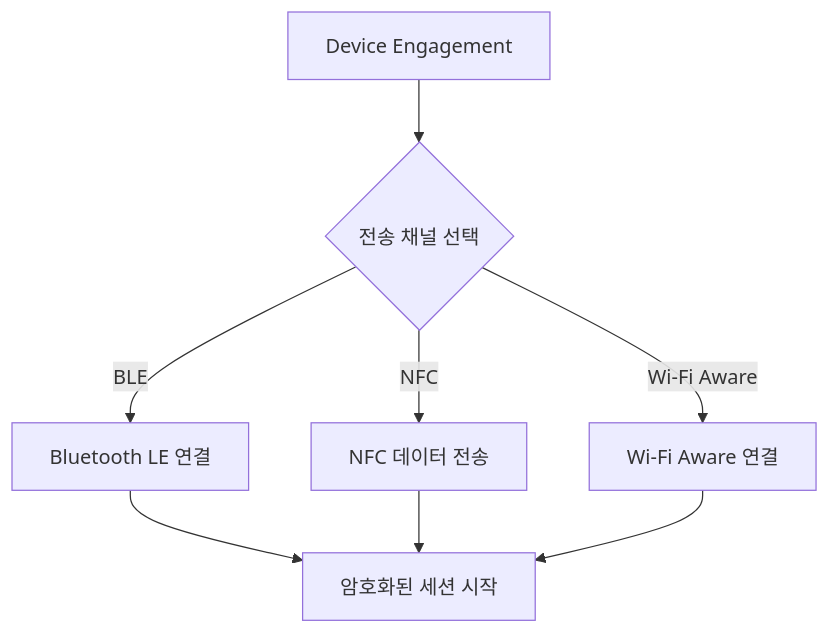
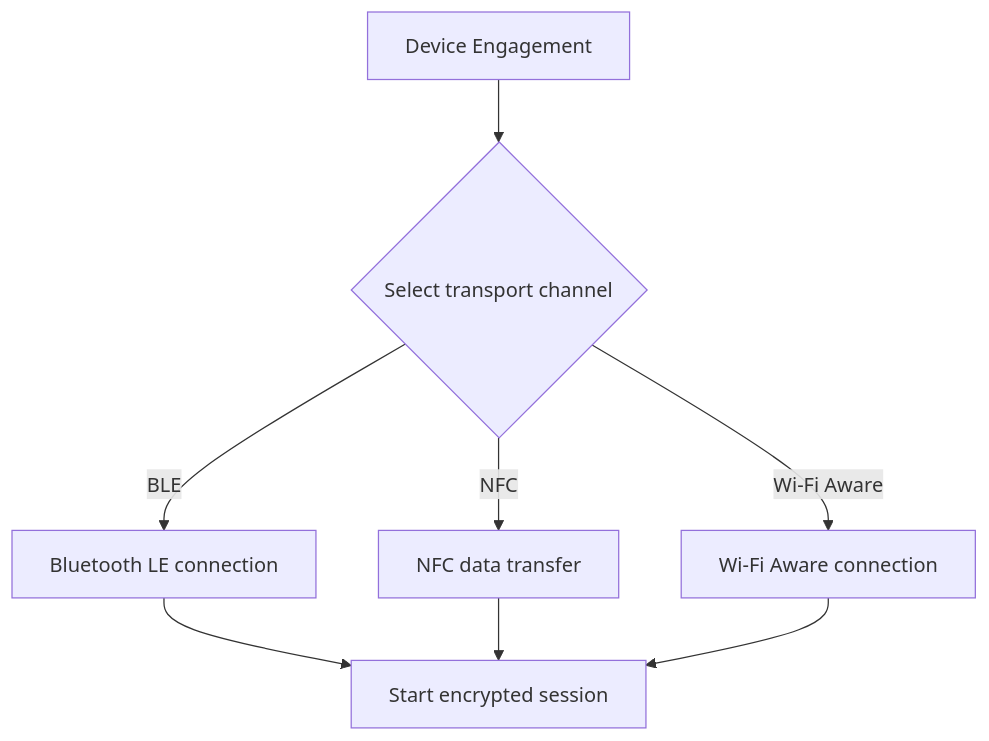
One commit to OmniOneID/poc-oid4vc changed the third of 5 diagrams in docs/concepts/mdoc/mdoc_proximity_presentation.md. Above: the diagram before and after it, drawn with Mermaid. The commit also changed other lines of this file and 29 other files, not shown here.

````diff
--- a/docs/concepts/mdoc/mdoc_proximity_presentation.md
+++ b/docs/concepts/mdoc/mdoc_proximity_presentation.md
@@ -109,10 +109,10 @@
 ```mermaid
 flowchart TB
-    E[Device Engagement] --> S{전송 채널 선택}
-    S -->|BLE| B[Bluetooth LE 연결]
-    S -->|NFC| N[NFC 데이터 전송]
-    S -->|Wi-Fi Aware| W[Wi-Fi Aware 연결]
-    B --> X[암호화된 세션 시작]
+    E[Device Engagement] --> S{Select transport channel}
+    S -->|BLE| B[Bluetooth LE connection]
+    S -->|NFC| N[NFC data transfer]
+    S -->|Wi-Fi Aware| W[Wi-Fi Aware connection]
+    B --> X[Start encrypted session]
     N --> X
     W --> X
 ```
````
